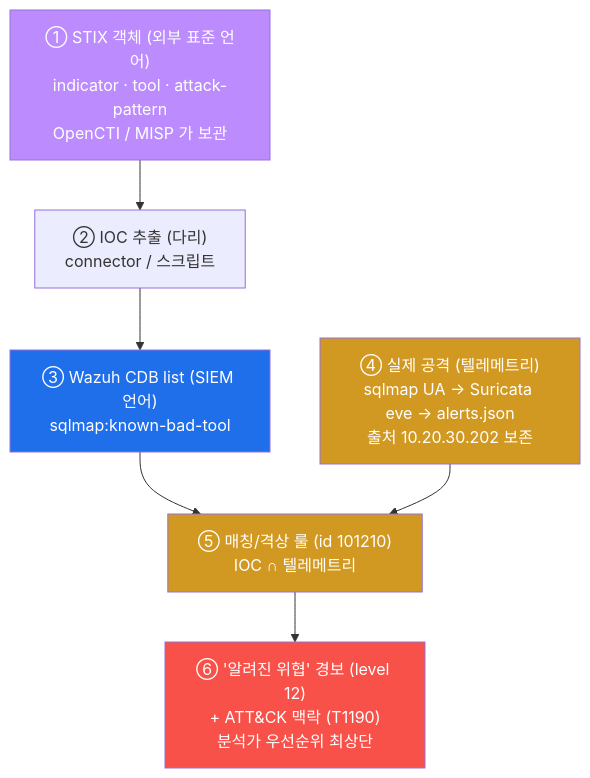
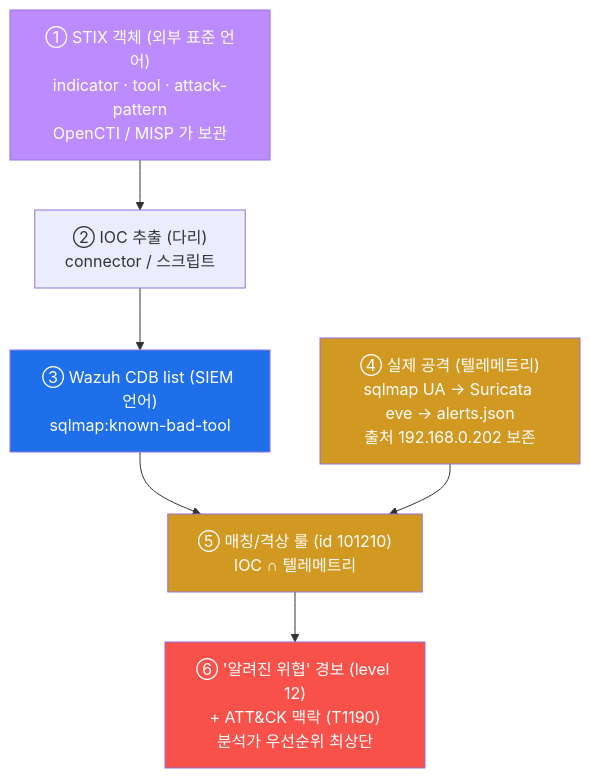
The fifth of 5 diagrams in contents/training/secuops/lecture_week12.md (mrgrit/tw2), drawn with Mermaid before and after one commit. The commit also changed other lines of this file and 9 other files, not shown here.

````diff
--- a/contents/training/secuops/lecture_week12.md
+++ b/contents/training/secuops/lecture_week12.md
@@ -570,19 +570,19 @@
 ```mermaid
 graph TD
     STIX["① STIX 객체 (외부 표준 언어)<br/>indicator · tool · attack-pattern<br/>OpenCTI / MISP 가 보관"]
     EXTRACT["② IOC 추출 (다리)<br/>connector / 스크립트"]
     CDB["③ Wazuh CDB list (SIEM 언어)<br/>sqlmap:known-bad-tool"]
-    ATTACK["④ 실제 공격 (텔레메트리)<br/>sqlmap UA → Suricata eve → alerts.json<br/>출처 10.20.30.202 보존"]
+    ATTACK["④ 실제 공격 (텔레메트리)<br/>sqlmap UA → Suricata eve → alerts.json<br/>출처 192.168.0.202 보존"]
     RULE["⑤ 매칭/격상 룰 (id 101210)<br/>IOC ∩ 텔레메트리"]
     OUT["⑥ '알려진 위협' 경보 (level 12)<br/>+ ATT&CK 맥락 (T1190)<br/>분석가 우선순위 최상단"]
     STIX --> EXTRACT
     EXTRACT --> CDB
     CDB --> RULE
     ATTACK --> RULE
     RULE --> OUT
     style STIX fill:#bc8cff,color:#fff
     style CDB fill:#1f6feb,color:#fff
     style ATTACK fill:#d29922,color:#fff
     style RULE fill:#d29922,color:#fff
     style OUT fill:#f85149,color:#fff
 ```
````
